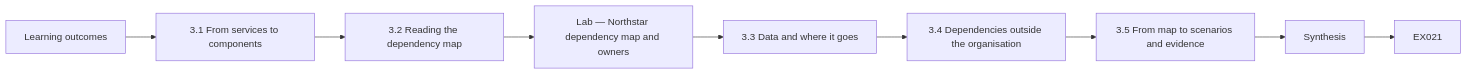
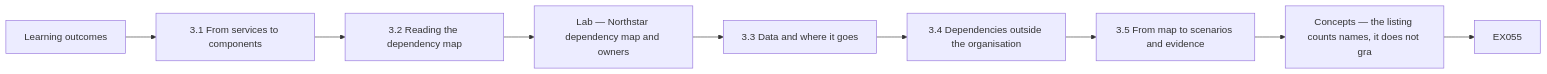
One commit to hiagokinlevi/CyKin changed the eighth of 12 diagrams in levels/rapid-1-month/security-governance-risk-compliance/en/book/MANUSCRIPT.md. Above: the diagram before and after it, drawn with Mermaid. The commit also changed other lines of this file and 1 other file, not shown here.

````diff
--- a/levels/rapid-1-month/security-governance-risk-compliance/en/book/MANUSCRIPT.md
+++ b/levels/rapid-1-month/security-governance-risk-compliance/en/book/MANUSCRIPT.md
@@ -355,12 +450,12 @@
 ```mermaid
 flowchart LR
   N0["Learning outcomes"]
   N1["3.1 From services to components"]
   N2["3.2 Reading the dependency map"]
   N3["Lab — Northstar dependency map and owners"]
   N4["3.3 Data and where it goes"]
   N5["3.4 Dependencies outside the organisation"]
   N6["3.5 From map to scenarios and evidence"]
-  N7["Synthesis"]
-  N0 --> N1 --> N2 --> N3 --> N4 --> N5 --> N6 --> N7 --> Q["EX021"]
+  N7["Concepts — the listing counts names, it does not gra"]
+  N0 --> N1 --> N2 --> N3 --> N4 --> N5 --> N6 --> N7 --> Q["EX055"]
 ```
````
